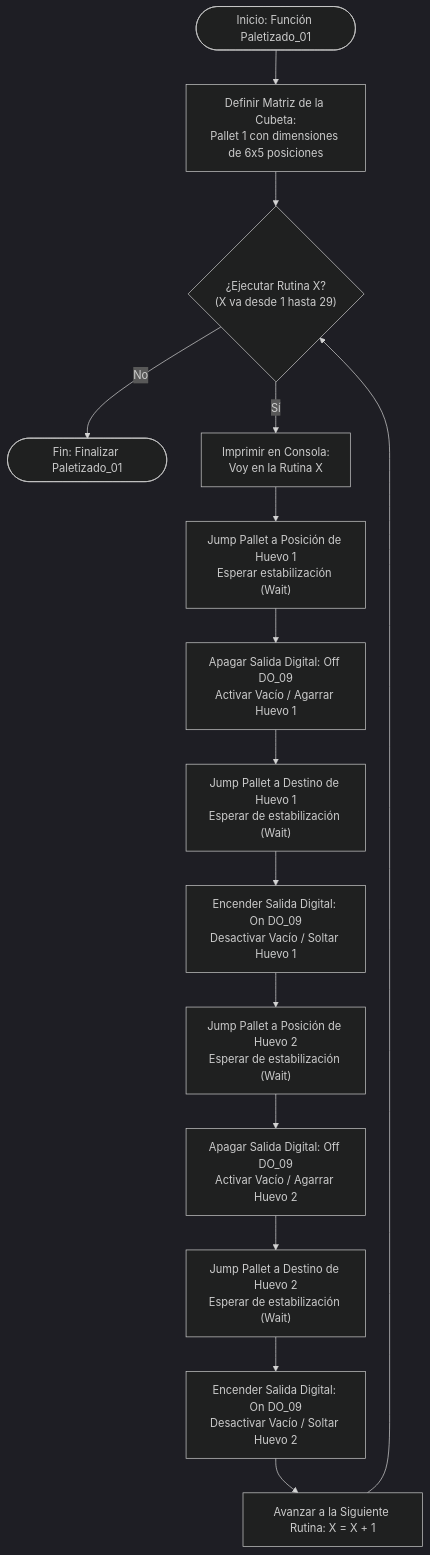
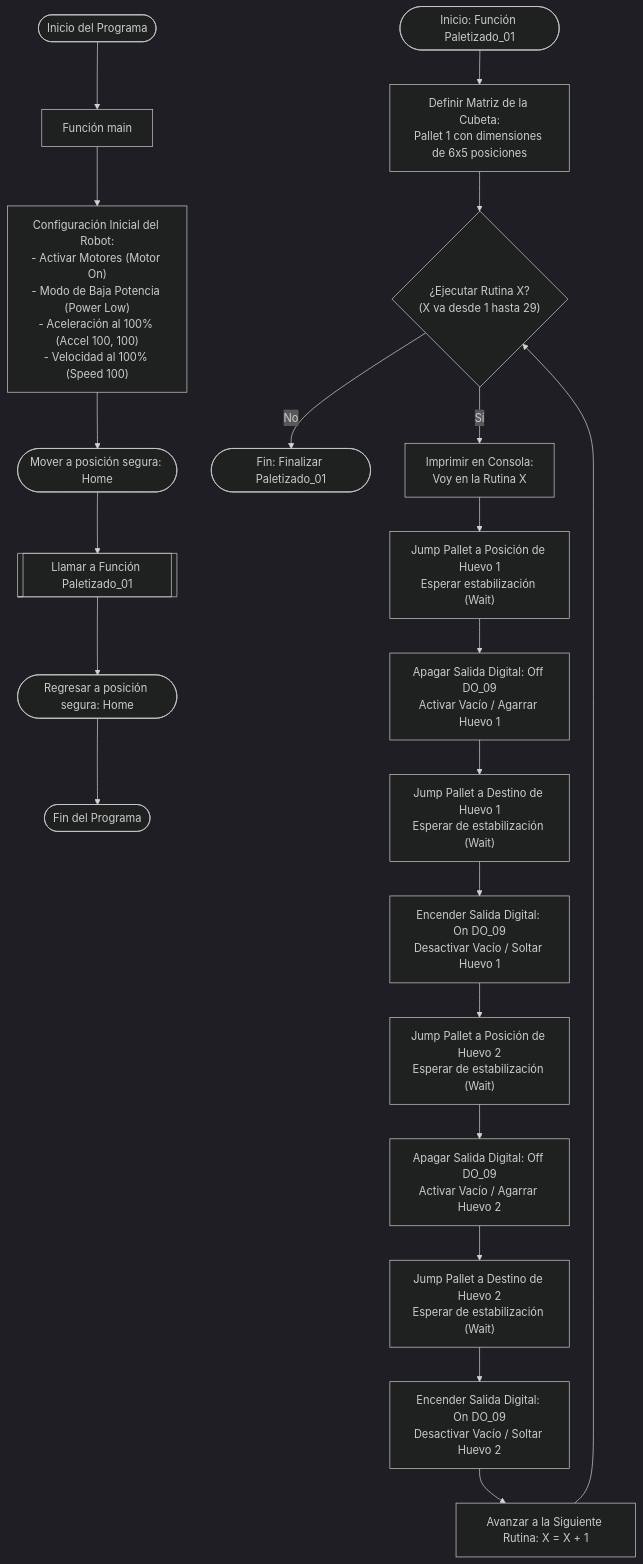
Before and after one commit to labsir-un/Robotica-2026-I-Equipo-3C-Moreno-Ramos: the diagram in Laboratorio No. 03 - Robótica Industrial EPSON T3 401S y EPSON RC+/README.MD, drawn with Mermaid (dark theme). The commit also changed other lines of this file, not shown here.

Commit message:
Refactor mermaid diagrams in README.md

````diff
--- a/Laboratorio No. 03 - Robótica Industrial EPSON T3 401S y EPSON RC+/README.MD
+++ b/Laboratorio No. 03 - Robótica Industrial EPSON T3 401S y EPSON RC+/README.MD
@@ -228,18 +214,24 @@
 ```mermaid
 
 flowchart TB
-    Start(["Inicio: Función Paletizado_01"]) --> DefPallet["Definir Matriz de la Cubeta:<br>Pallet 1 con dimensiones de 6x5 posiciones"]
+    Start(["Inicio del Programa"]) --> Main["Función main"]
+    Main --> Init["Configuración Inicial del Robot:<br>- Activar Motores (Motor On)<br>- Modo de Baja Potencia (Power Low)<br>- Aceleración al 100% (Accel 100, 100)<br>- Velocidad al 100% (Speed 100)"]
+    Init --> GoHome1(["Mover a posición segura: Home"])
+    GoHome1 --> CallRoutine[["Llamar a Función Paletizado_01"]]
+    CallRoutine --> GoHome2(["Regresar a posición segura: Home"])
+    GoHome2 --> EndProg(["Fin del Programa"])
+    Start1(["Inicio: Función Paletizado_01"]) --> DefPallet["Definir Matriz de la Cubeta:<br>Pallet 1 con dimensiones de 6x5 posiciones"]
     DefPallet --> RoutineLoop{"¿Ejecutar Rutina X?<br>(X va desde 1 hasta 29)"}
     RoutineLoop -- No --> EndRoutine(["Fin: Finalizar Paletizado_01"])
     RoutineLoop -- Sí --> PrintMsg["Imprimir en Consola:<br>Voy en la Rutina X"]
     PrintMsg --> PickH1["Jump Pallet a Posición de Huevo 1<br>Esperar estabilización (Wait)"]
     PickH1 --> GrabH1["Apagar Salida Digital: Off DO_09<br>Activar Vacío / Agarrar Huevo 1"]
     GrabH1 --> DropH1["Jump Pallet a Destino de Huevo 1<br>Esperar de estabilización (Wait)"]
     DropH1 --> ReleaseH1["Encender Salida Digital: On DO_09<br>Desactivar Vacío / Soltar Huevo 1"]
     ReleaseH1 --> PickH2["Jump Pallet a Posición de Huevo 2<br>Esperar de estabilización (Wait)"]
     PickH2 --> GrabH2["Apagar Salida Digital: Off DO_09<br>Activar Vacío / Agarrar Huevo 2"]
     GrabH2 --> DropH2["Jump Pallet a Destino de Huevo 2<br>Esperar de estabilización (Wait)"]
     DropH2 --> ReleaseH2["Encender Salida Digital: On DO_09<br>Desactivar Vacío / Soltar Huevo 2"]
     ReleaseH2 --> NextRoutine["Avanzar a la Siguiente Rutina: X = X + 1"]
     NextRoutine --> RoutineLoop
 ```
````
